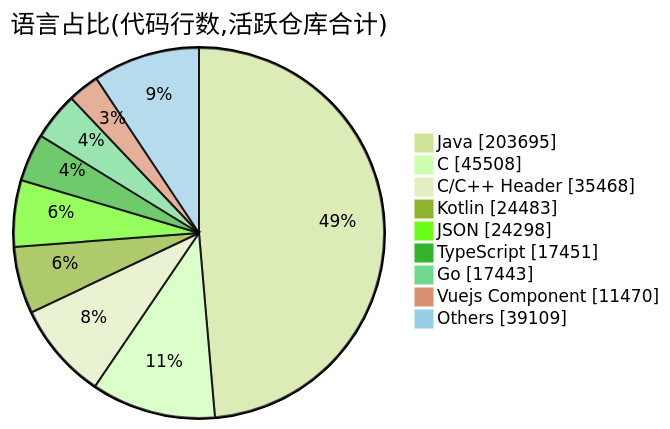
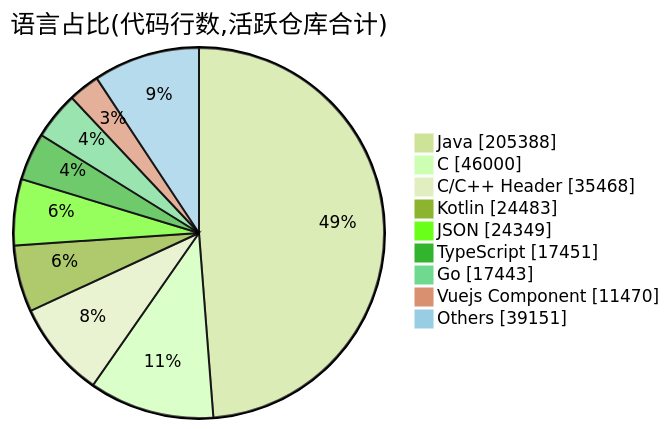
One commit to Conflux-Union/.github changed the second of 2 diagrams in profile/README.md. Above: the diagram before and after it, drawn with Mermaid (forest theme). The commit also changed other lines of this file and 1 other file, not shown here.

````diff
--- a/profile/README.md
+++ b/profile/README.md
@@ -82,13 +82,13 @@
 ```mermaid
 pie showData
     title 语言占比(代码行数,活跃仓库合计)
-    "Java" : 203695
-    "C" : 45508
+    "Java" : 205388
+    "C" : 46000
     "C/C++ Header" : 35468
     "Kotlin" : 24483
-    "JSON" : 24298
+    "JSON" : 24349
     "TypeScript" : 17451
     "Go" : 17443
     "Vuejs Component" : 11470
-    "Others" : 39109
+    "Others" : 39151
 ```
````
